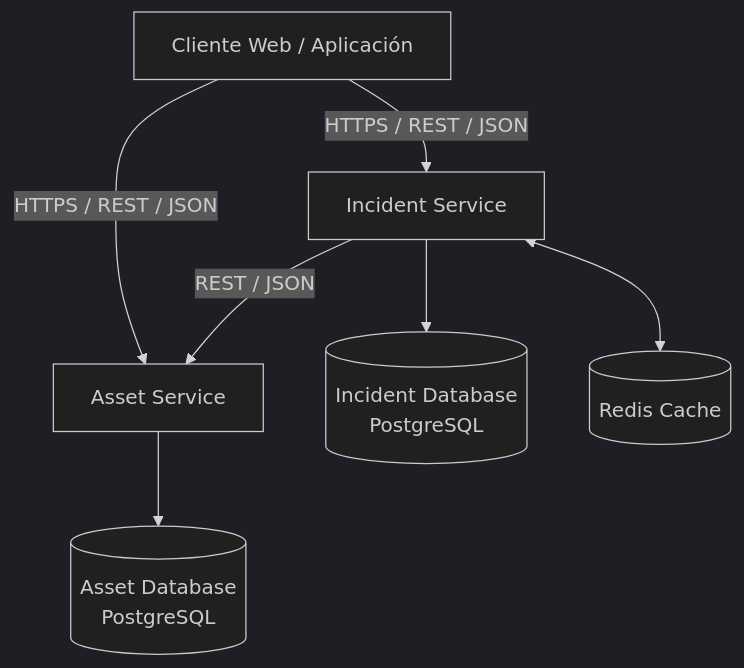
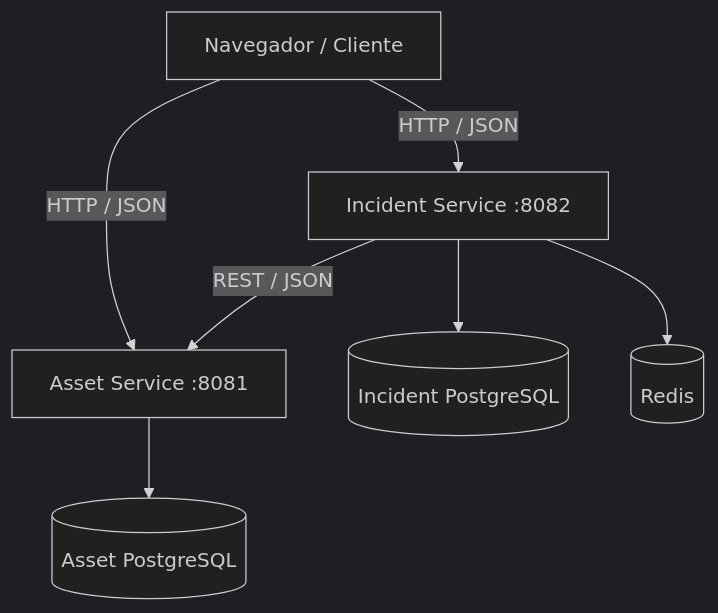
The diagram in README.md (AndresCstro/CloudMaint), drawn with Mermaid (dark theme) before and after one commit. The commit also changed other lines of this file, not shown here.

````diff
--- a/README.md
+++ b/README.md
@@ -63,15 +74,14 @@
 ```mermaid
 flowchart TB
 
-    U[Cliente Web / Aplicación]
+    U[Navegador / Cliente]
 
-    U -->|HTTPS / REST / JSON| IS[Incident Service]
-    U -->|HTTPS / REST / JSON| AS[Asset Service]
+    U -->|HTTP / JSON| IS[Incident Service :8082]
+    U -->|HTTP / JSON| AS[Asset Service :8081]
 
     IS -->|REST / JSON| AS
 
-    IS --> IDB[(Incident Database<br/>PostgreSQL)]
-    AS --> ADB[(Asset Database<br/>PostgreSQL)]
-
-    IS <--> R[(Redis Cache)]
+    AS --> ADB[(Asset PostgreSQL)]
+    IS --> IDB[(Incident PostgreSQL)]
+    IS --> R[(Redis)]
 ```
````
